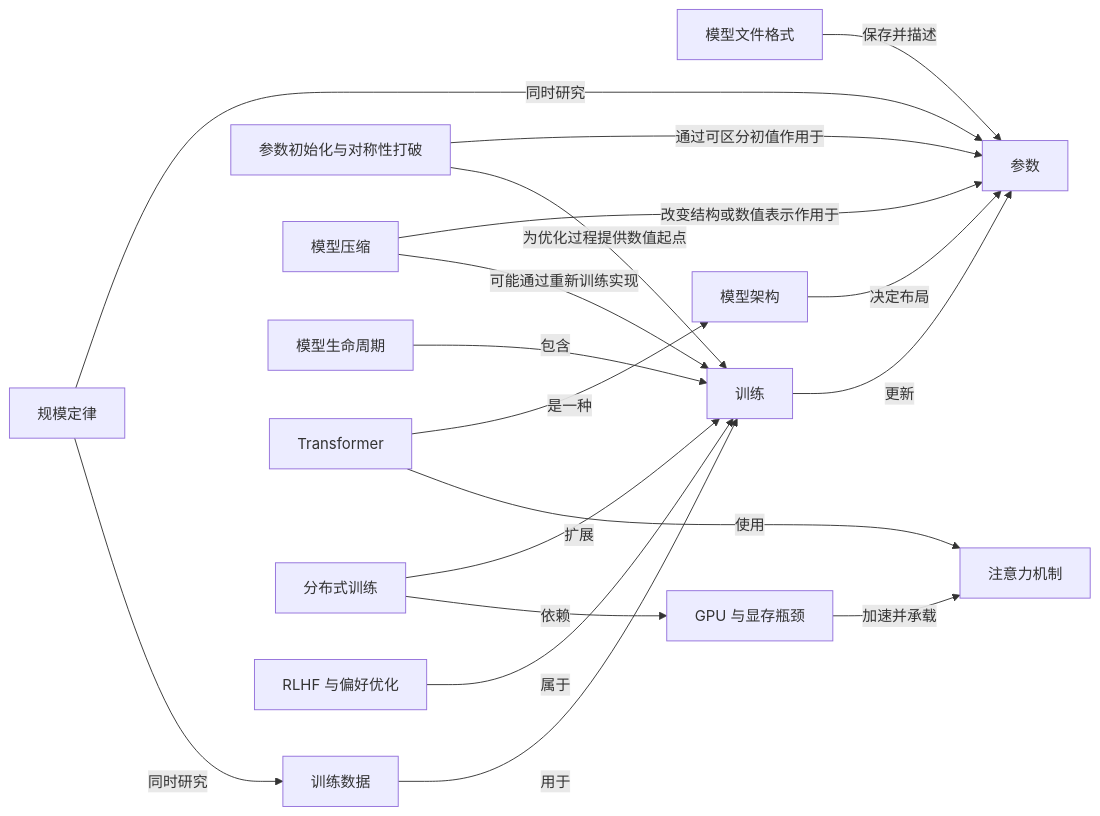
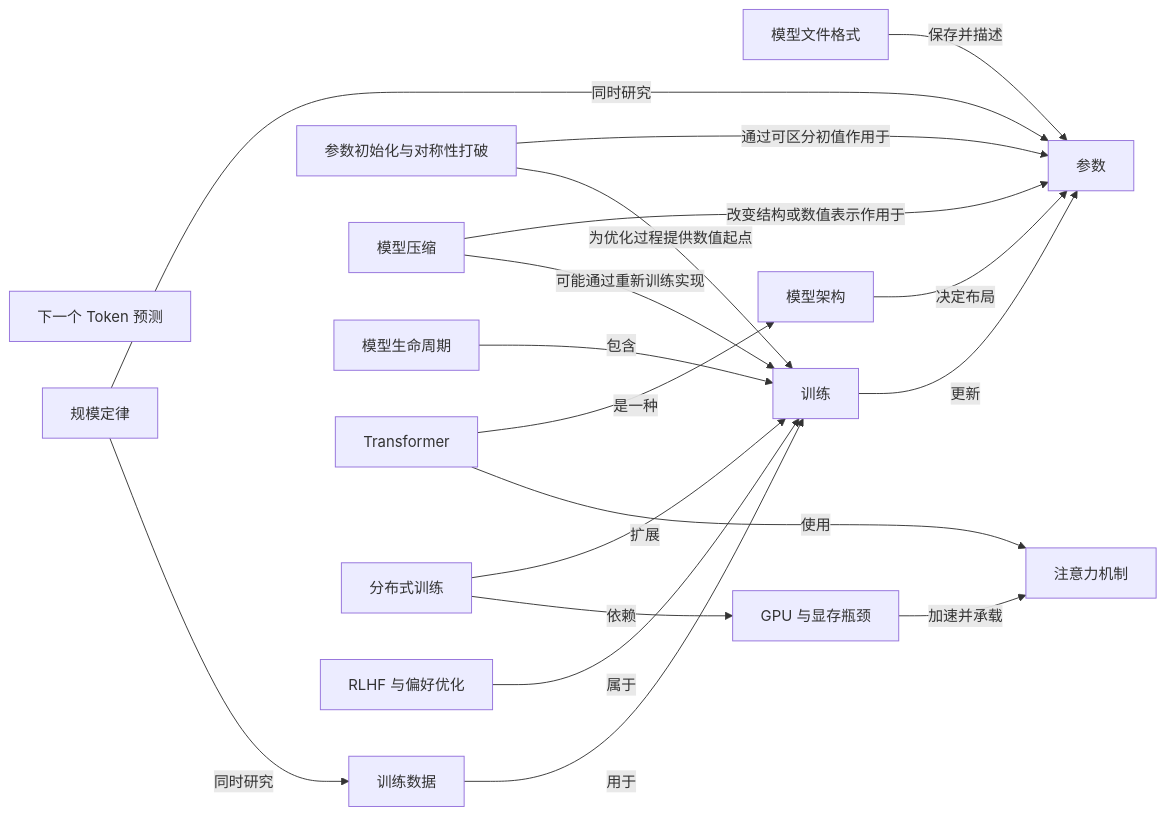
Before and after one commit to z-Zihan/LLM-101: the second of 9 diagrams in 知识网络.md, drawn with Mermaid. The commit also changed other lines of this file and 7 other files, not shown here.

Commit message:
docs: deepen tokenization and next-token prediction

````diff
--- a/知识网络.md
+++ b/知识网络.md
@@ -146,34 +156,35 @@
 ```mermaid
 flowchart LR
     n_parameter["参数"]
     n_training_data["训练数据"]
     n_symmetry_breaking["参数初始化与对称性打破"]
     n_model_file_format["模型文件格式"]
     n_model_compression["模型压缩"]
+    n_next_token_prediction["下一个 Token 预测"]
     n_model_lifecycle["模型生命周期"]
     n_architecture["模型架构"]
     n_transformer["Transformer"]
     n_attention["注意力机制"]
     n_training["训练"]
     n_scaling_laws["规模定律"]
     n_gpu_compute["GPU 与显存瓶颈"]
     n_distributed_training["分布式训练"]
     n_preference_alignment["RLHF 与偏好优化"]
     n_model_compression -->|"改变结构或数值表示作用于"| n_parameter
     n_model_compression -->|"可能通过重新训练实现"| n_training
     n_symmetry_breaking -->|"通过可区分初值作用于"| n_parameter
     n_symmetry_breaking -->|"为优化过程提供数值起点"| n_training
     n_model_file_format -->|"保存并描述"| n_parameter
     n_architecture -->|"决定布局"| n_parameter
     n_transformer -->|"是一种"| n_architecture
     n_training_data -->|"用于"| n_training
     n_training -->|"更新"| n_parameter
     n_model_lifecycle -->|"包含"| n_training
     n_transformer -->|"使用"| n_attention
     n_scaling_laws -->|"同时研究"| n_parameter
     n_scaling_laws -->|"同时研究"| n_training_data
     n_gpu_compute -->|"加速并承载"| n_attention
     n_distributed_training -->|"扩展"| n_training
     n_distributed_training -->|"依赖"| n_gpu_compute
     n_preference_alignment -->|"属于"| n_training
 ```
````
